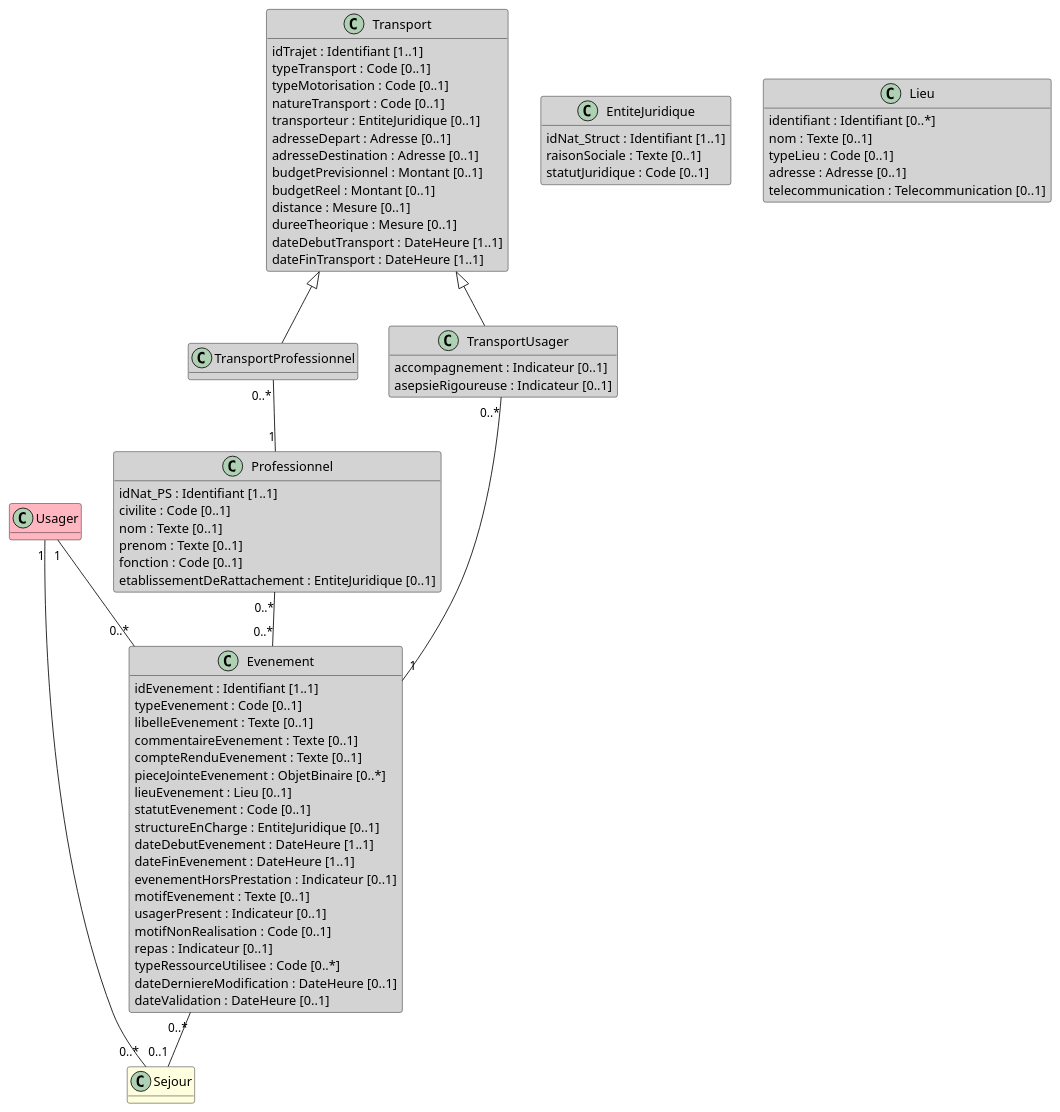
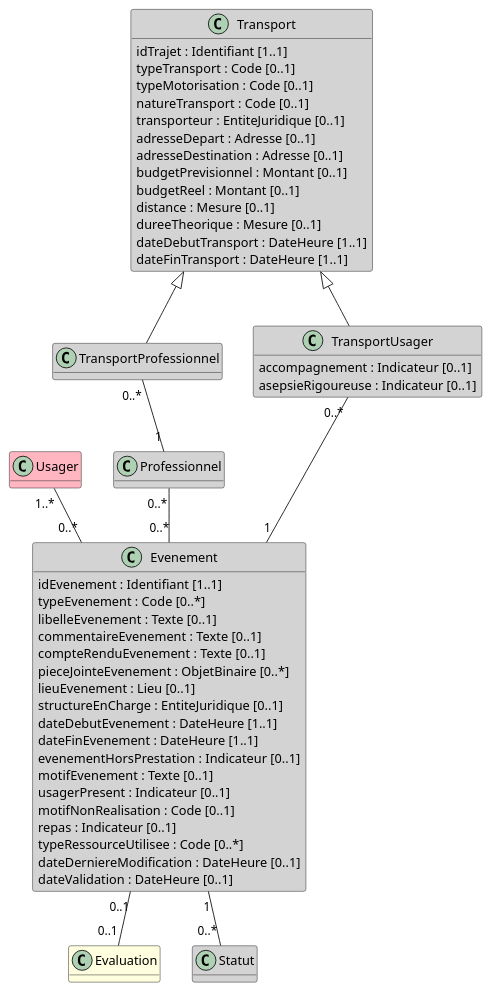
One commit to ansforge/IG-fhir-transfert-donnees-dui-esms changed the diagram in input/images-source/bloc_evenement.plantuml. Above: the diagram before and after it, drawn with PlantUML. The commit also changed 309 other files, not shown here.

```diff
--- a/input/images-source/bloc_evenement.plantuml
+++ b/input/images-source/bloc_evenement.plantuml
@@ -1,88 +1,67 @@
 @startuml
 
 hide empty methods
 
 class Usager #LightPink
 
-class Sejour #LightYellow
-
 class TransportProfessionnel #LightGray
 
-class Professionnel #LightGray {
-    idNat_PS : Identifiant [1..1]
-    civilite : Code [0..1]
-    nom : Texte [0..1]
-    prenom : Texte [0..1]
-    fonction : Code [0..1]
-    etablissementDeRattachement : EntiteJuridique [0..1]
-}
+class Evaluation #LightYellow
+
+class Professionnel #LightGray 
+
+class Statut #LightGray 
 
 class Transport #LightGray {
     idTrajet : Identifiant [1..1]
     typeTransport : Code [0..1]
     typeMotorisation : Code [0..1]
     natureTransport : Code [0..1]
     transporteur : EntiteJuridique [0..1]
     adresseDepart : Adresse [0..1]
     adresseDestination : Adresse [0..1]
     budgetPrevisionnel : Montant [0..1]
     budgetReel : Montant [0..1]
     distance : Mesure [0..1]
     dureeTheorique : Mesure [0..1]
     dateDebutTransport : DateHeure [1..1]
     dateFinTransport : DateHeure [1..1]
 }
 
 class TransportUsager #LightGray {
     accompagnement : Indicateur [0..1]
     asepsieRigoureuse : Indicateur [0..1]
 }
 
 class Evenement #LightGray {
     idEvenement : Identifiant [1..1]
-    typeEvenement : Code [0..1]
+    typeEvenement : Code [0..*]
     libelleEvenement : Texte [0..1]
     commentaireEvenement : Texte [0..1]
     compteRenduEvenement : Texte [0..1]
     pieceJointeEvenement : ObjetBinaire [0..*]
     lieuEvenement : Lieu [0..1]
-    statutEvenement : Code [0..1]
     structureEnCharge : EntiteJuridique [0..1]
     dateDebutEvenement : DateHeure [1..1]
     dateFinEvenement : DateHeure [1..1]
     evenementHorsPrestation : Indicateur [0..1]
     motifEvenement : Texte [0..1]
     usagerPresent : Indicateur [0..1]
     motifNonRealisation : Code [0..1]
     repas : Indicateur [0..1]
     typeRessourceUtilisee : Code [0..*]
     dateDerniereModification : DateHeure [0..1]
     dateValidation : DateHeure [0..1]
 }
 
-class EntiteJuridique #LightGray {
-    idNat_Struct : Identifiant [1..1]
-    raisonSociale : Texte [0..1]
-    statutJuridique : Code [0..1]
-}
-
-class Lieu #LightGray {
-    identifiant : Identifiant [0..*]
-    nom : Texte [0..1]
-    typeLieu : Code [0..1]
-    adresse : Adresse [0..1]
-    telecommunication : Telecommunication [0..1]
-}
-
-
-Usager "1" -- "0..*" Evenement
-Usager "1" -- "0..*" Sejour
-Evenement "0..*" -- "0..1" Sejour
+Usager "1..*" -- "0..*" Evenement
 Professionnel "0..*" -- "0..*" Evenement
 Transport <|-- TransportProfessionnel
 Transport <|-- TransportUsager
 TransportUsager "0..*" -- "1" Evenement
 TransportProfessionnel "0..*" -- "1" Professionnel
+Evenement "0..1" -- "0..1" Evaluation
+Evenement "1" -- "0..*" Statut
 
 
 @enduml
```
